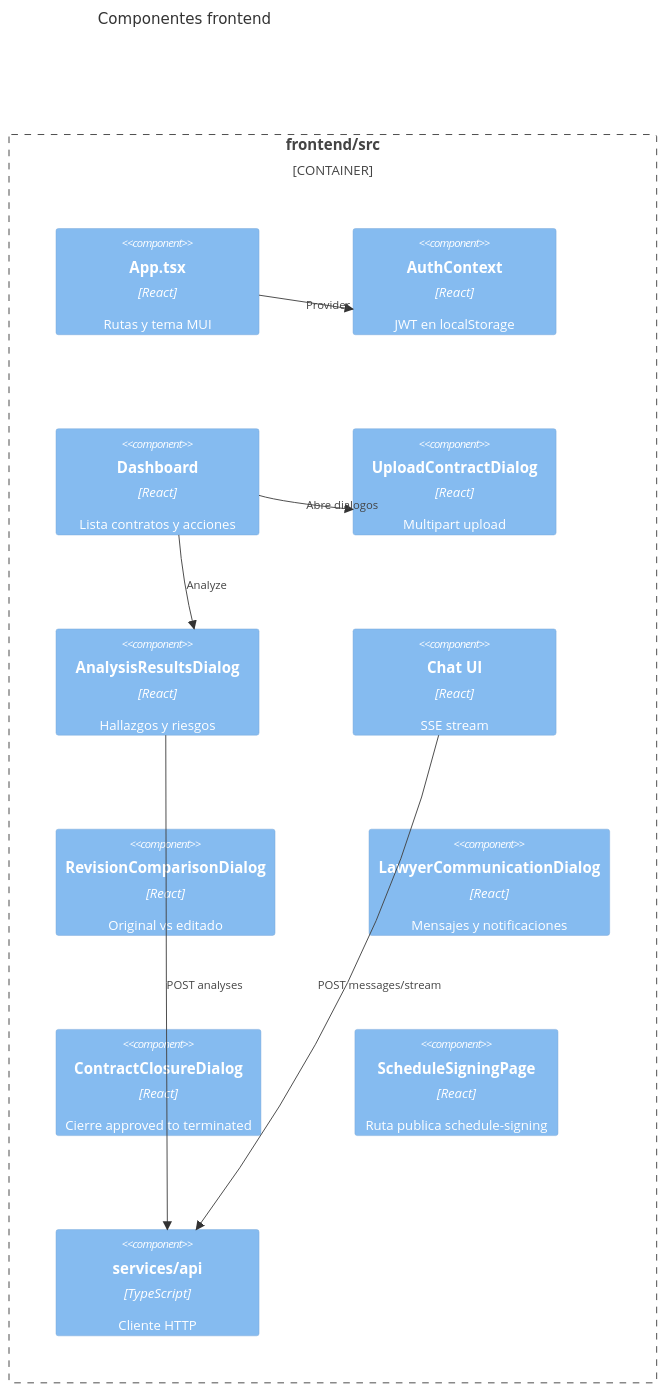
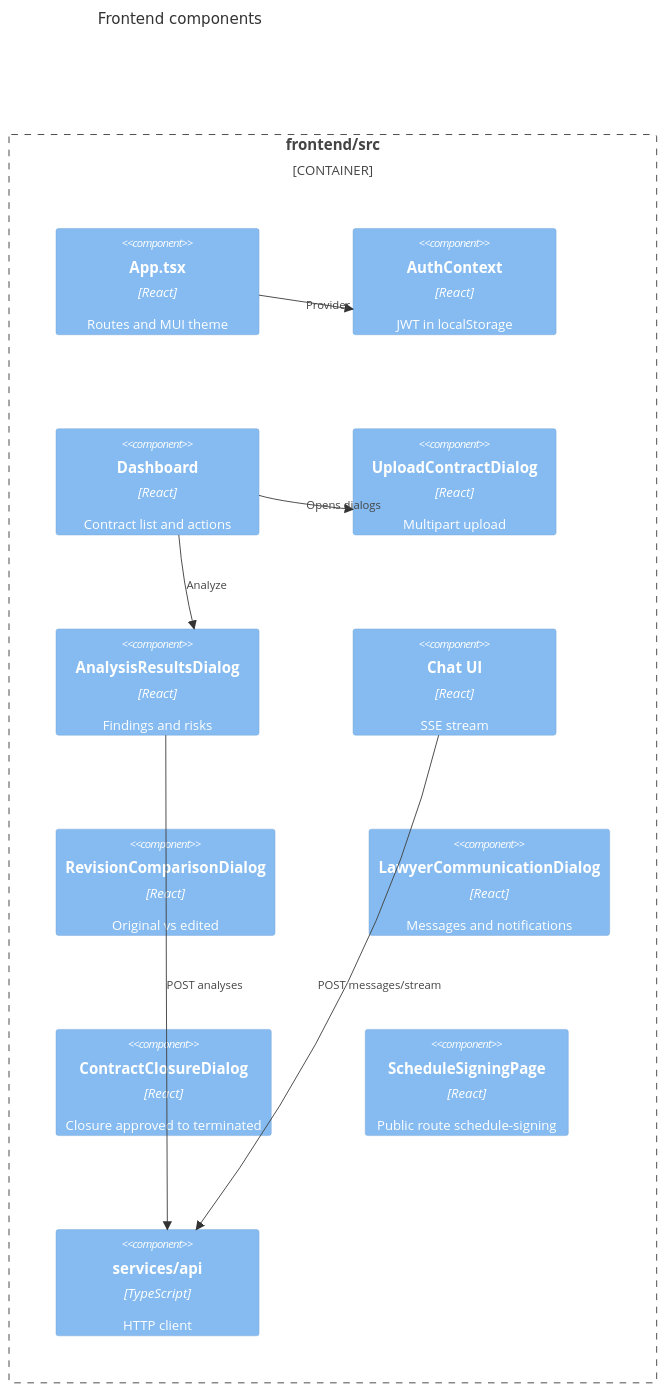
The second of 3 diagrams in docs/architecture/c4-level3-components.md (victorm-ai/legal-rent-ai), drawn with Mermaid before and after one commit. The commit also changed other lines of this file and 57 other files, not shown here.

````diff
--- a/docs/architecture/c4-level3-components.md
+++ b/docs/architecture/c4-level3-components.md
@@ -52,24 +52,24 @@
 ```mermaid
 C4Component
-    title Componentes frontend
+    title Frontend components
 
     Container_Boundary(web, "frontend/src") {
-        Component(app, "App.tsx", "React", "Rutas y tema MUI")
-        Component(authCtx, "AuthContext", "React", "JWT en localStorage")
-        Component(dashboard, "Dashboard", "React", "Lista contratos y acciones")
+        Component(app, "App.tsx", "React", "Routes and MUI theme")
+        Component(authCtx, "AuthContext", "React", "JWT in localStorage")
+        Component(dashboard, "Dashboard", "React", "Contract list and actions")
         Component(upload, "UploadContractDialog", "React", "Multipart upload")
-        Component(analysis, "AnalysisResultsDialog", "React", "Hallazgos y riesgos")
+        Component(analysis, "AnalysisResultsDialog", "React", "Findings and risks")
         Component(chat, "Chat UI", "React", "SSE stream")
-        Component(revision, "RevisionComparisonDialog", "React", "Original vs editado")
-        Component(lawyerComms, "LawyerCommunicationDialog", "React", "Mensajes y notificaciones")
-        Component(closure, "ContractClosureDialog", "React", "Cierre approved to terminated")
-        Component(signingPage, "ScheduleSigningPage", "React", "Ruta publica schedule-signing")
-        Component(apiSvc, "services/api", "TypeScript", "Cliente HTTP")
+        Component(revision, "RevisionComparisonDialog", "React", "Original vs edited")
+        Component(lawyerComms, "LawyerCommunicationDialog", "React", "Messages and notifications")
+        Component(closure, "ContractClosureDialog", "React", "Closure approved to terminated")
+        Component(signingPage, "ScheduleSigningPage", "React", "Public route schedule-signing")
+        Component(apiSvc, "services/api", "TypeScript", "HTTP client")
     }
 
     Rel(app, authCtx, "Provider")
-    Rel(dashboard, upload, "Abre dialogos")
+    Rel(dashboard, upload, "Opens dialogs")
     Rel(dashboard, analysis, "Analyze")
     Rel(analysis, apiSvc, "POST analyses")
     Rel(chat, apiSvc, "POST messages/stream")
 ```
````
